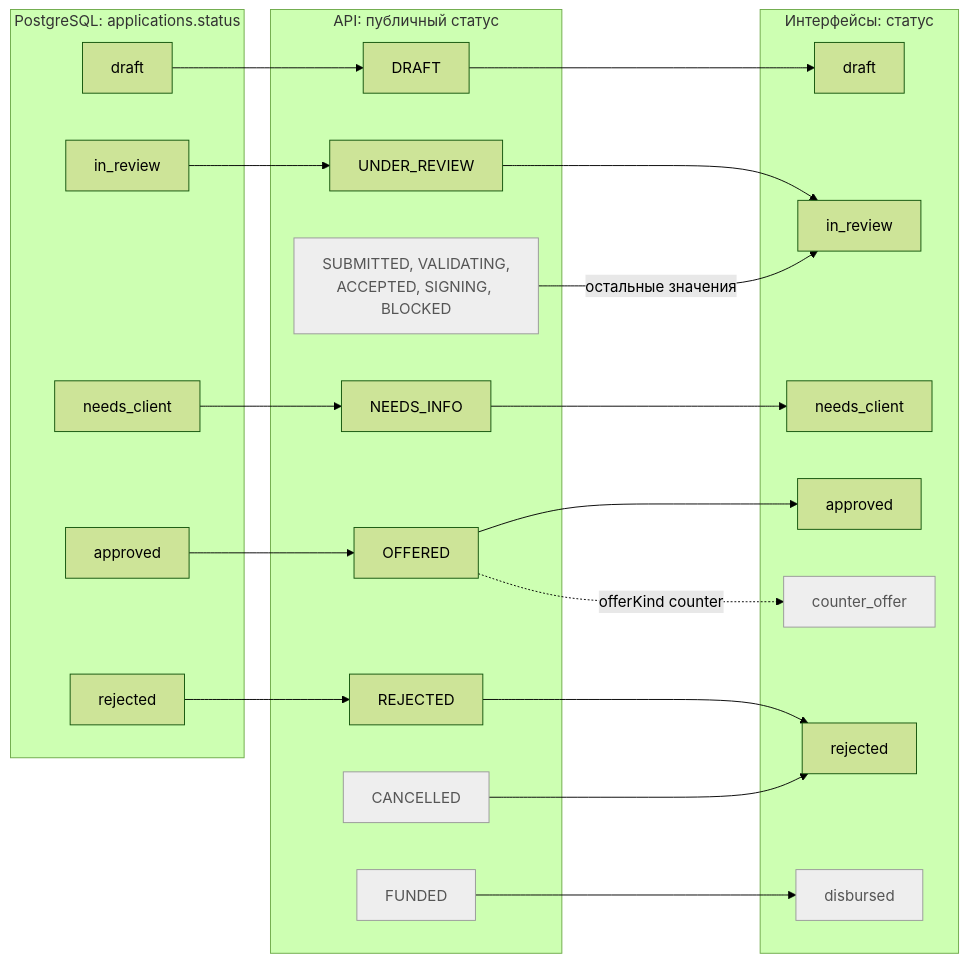
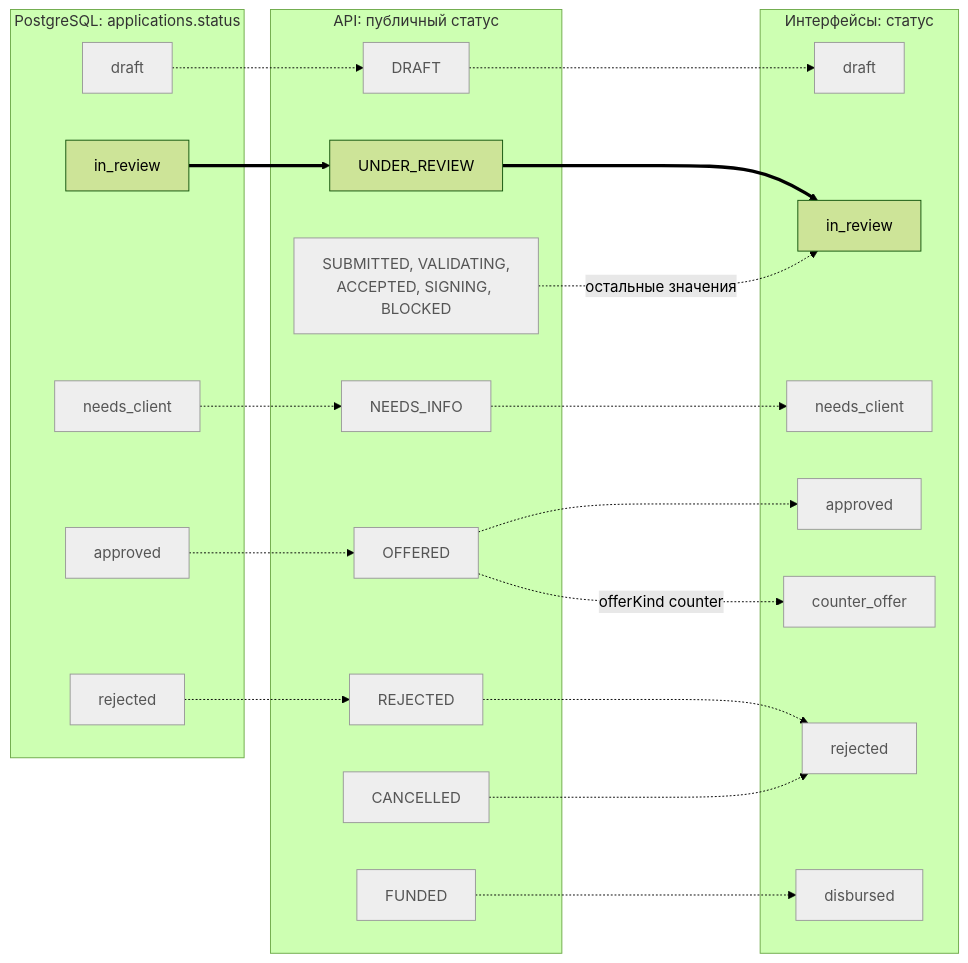
The first of 2 diagrams in docs/diagrams/02-application-statuses.md (DjonniStorm/smart-credit-dashboard), drawn with Mermaid (forest theme) before and after one commit. The commit also changed other lines of this file and 15 other files, not shown here.

First line of the commit message:
docs: закрыть замечания ревью к диаграммам

````diff
--- a/docs/diagrams/02-application-statuses.md
+++ b/docs/diagrams/02-application-statuses.md
@@ -16,44 +16,44 @@
 ```mermaid
 flowchart LR
   subgraph db["PostgreSQL: applications.status"]
     d1["draft"]
     d2["in_review"]
     d3["needs_client"]
     d4["approved"]
     d5["rejected"]
   end
 
   subgraph api["API: публичный статус"]
     p1["DRAFT"]
     p2["UNDER_REVIEW"]
     p3["NEEDS_INFO"]
     p4["OFFERED"]
     p5["REJECTED"]
     p6["SUBMITTED, VALIDATING,<br/>ACCEPTED, SIGNING, BLOCKED"]
     p7["FUNDED"]
     p8["CANCELLED"]
   end
 
   subgraph ui["Интерфейсы: статус"]
     u1["draft"]
     u2["in_review"]
     u3["needs_client"]
     u4["approved"]
     u5["counter_offer"]
     u6["rejected"]
     u7["disbursed"]
   end
 
-  d1 --> p1 --> u1
-  d2 --> p2 --> u2
-  d3 --> p3 --> u3
-  d4 --> p4 --> u4
+  d2 ==> p2 ==> u2
+  d1 -.-> p1 -.-> u1
+  d3 -.-> p3 -.-> u3
+  d4 -.-> p4 -.-> u4
   p4 -.->|"offerKind counter"| u5
-  d5 --> p5 --> u6
-  p6 -->|"остальные значения"| u2
-  p7 --> u7
-  p8 --> u6
+  d5 -.-> p5 -.-> u6
+  p6 -.->|"остальные значения"| u2
+  p7 -.-> u7
+  p8 -.-> u6
 
   classDef unused fill:#eee,stroke:#999,color:#555
-  class p6,p7,p8,u5,u7 unused
+  class d1,d3,d4,d5,p1,p3,p4,p5,p6,p7,p8,u1,u3,u4,u5,u6,u7 unused
 ```
````
